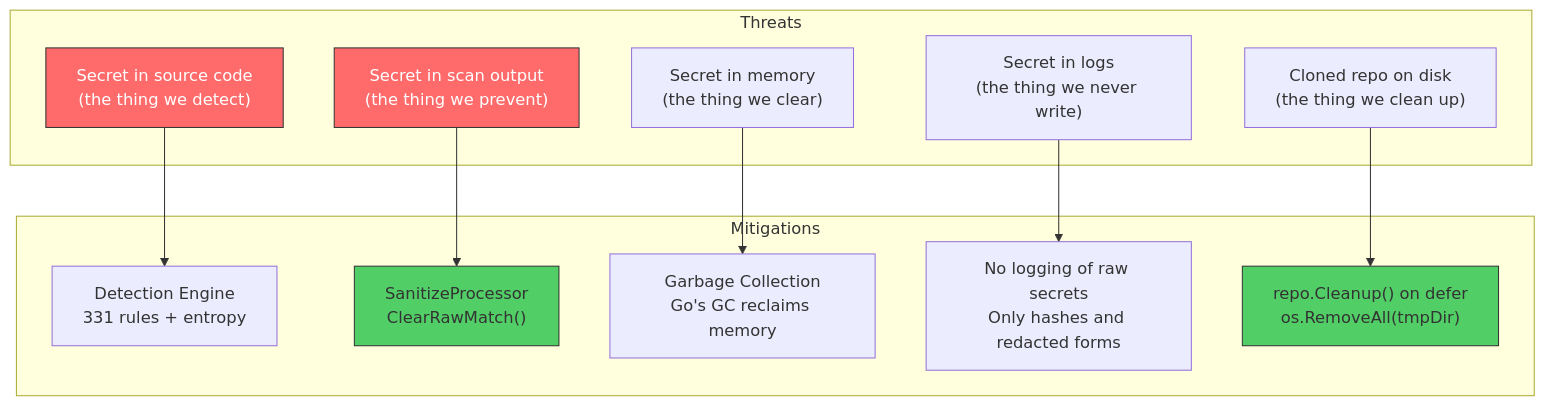
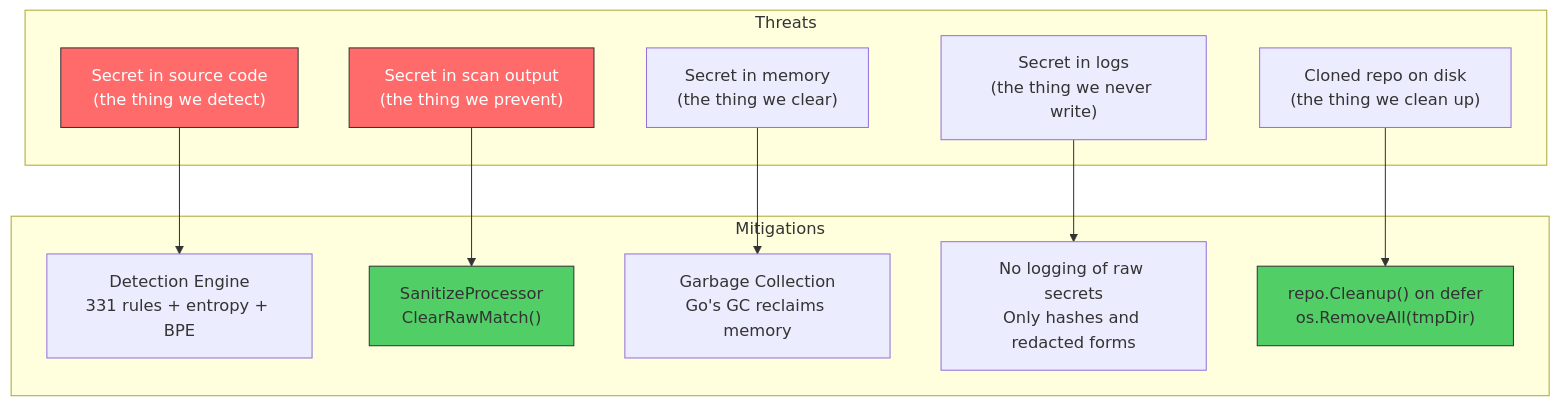
Diagram 42 of 60 in docs/training/00-System-Design.md (svemulapati/CredVigil), drawn with Mermaid before and after one commit. The commit also changed other lines of this file and 8 other files, not shown here.

````diff
--- a/docs/training/00-System-Design.md
+++ b/docs/training/00-System-Design.md
@@ -1803,29 +1813,29 @@
 ```mermaid
 graph TD
     subgraph "Threats"
         T1["Secret in source code<br/>(the thing we detect)"]
         T2["Secret in scan output<br/>(the thing we prevent)"]
         T3["Secret in memory<br/>(the thing we clear)"]
         T4["Secret in logs<br/>(the thing we never write)"]
         T5["Cloned repo on disk<br/>(the thing we clean up)"]
     end
 
     subgraph "Mitigations"
-        M1["Detection Engine<br/>331 rules + entropy"]
+        M1["Detection Engine<br/>331 rules + entropy + BPE"]
         M2["SanitizeProcessor<br/>ClearRawMatch()"]
         M3["Garbage Collection<br/>Go's GC reclaims memory"]
         M4["No logging of raw secrets<br/>Only hashes and redacted forms"]
         M5["repo.Cleanup() on defer<br/>os.RemoveAll(tmpDir)"]
     end
 
     T1 --> M1
     T2 --> M2
     T3 --> M3
     T4 --> M4
     T5 --> M5
 
     style T1 fill:#ff6b6b,stroke:#333,color:#fff
     style T2 fill:#ff6b6b,stroke:#333,color:#fff
     style M2 fill:#51cf66,stroke:#333
     style M5 fill:#51cf66,stroke:#333
 ```
````
